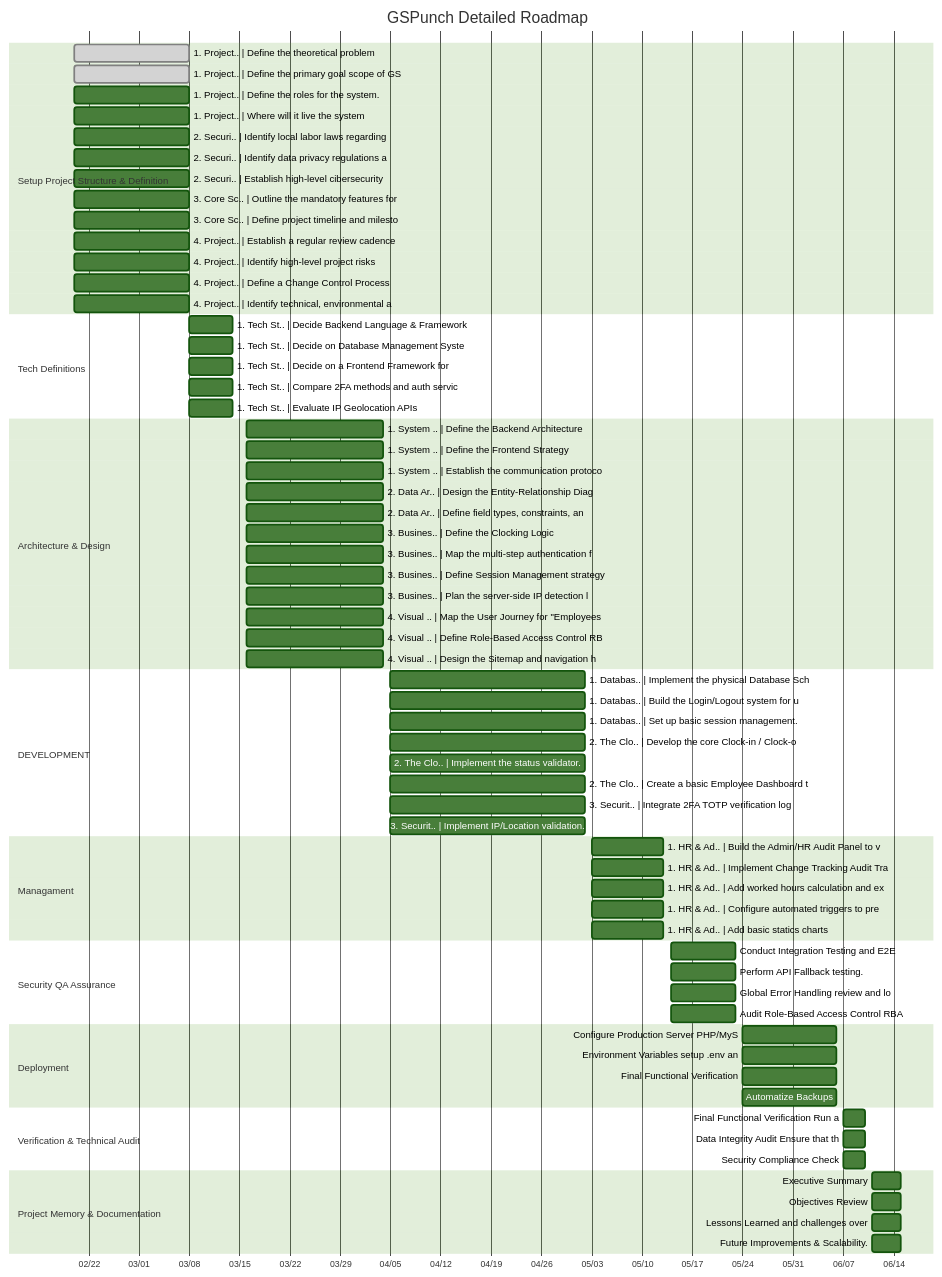
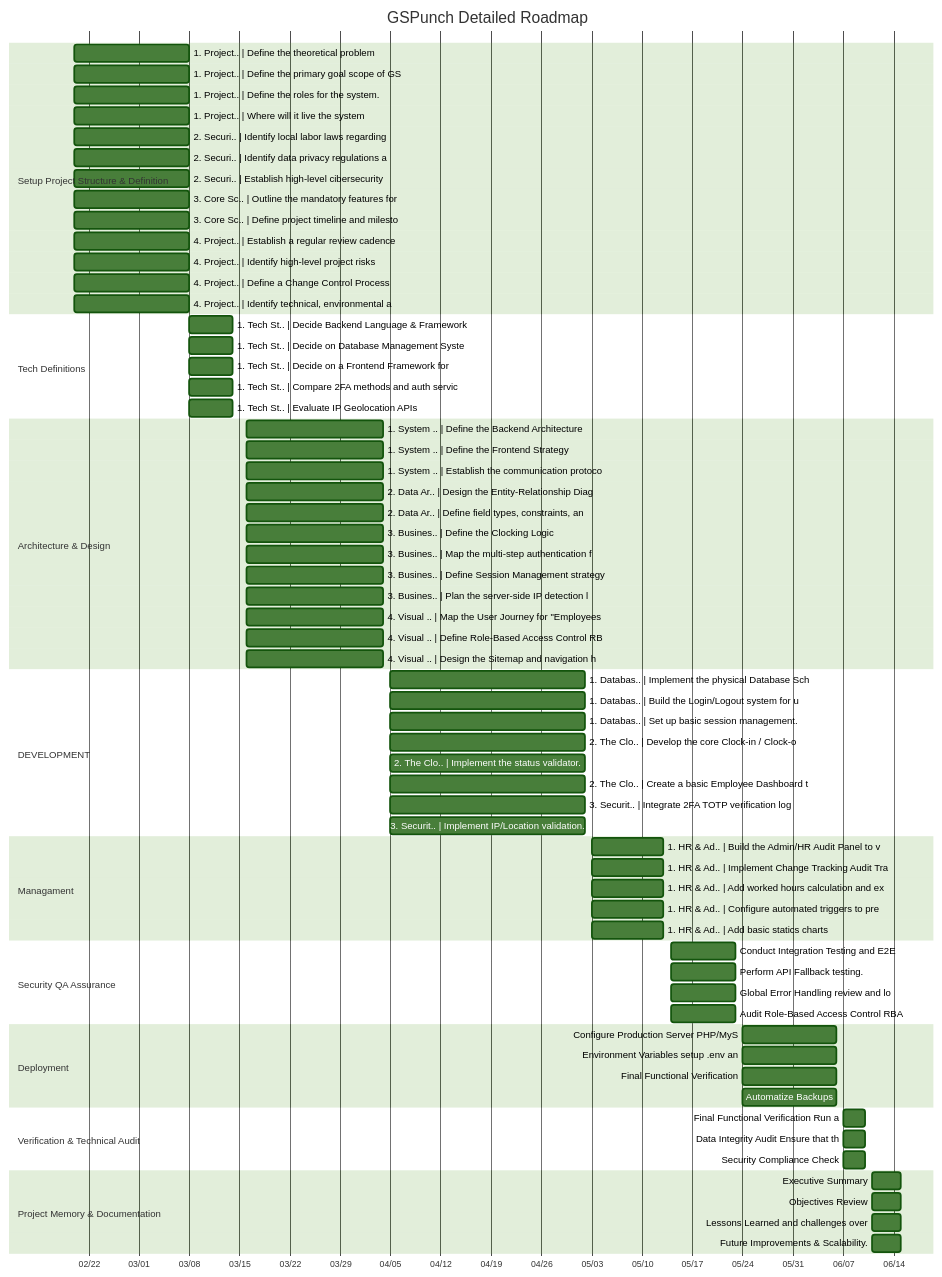
The diagram in README.md (jejomoca/GSPunch), drawn with Mermaid (forest theme) before and after one commit.

Commit message:
docs: sync roadmap 23:22

````diff
--- a/README.md
+++ b/README.md
@@ -3,73 +3,73 @@
 ```mermaid
 gantt
     title GSPunch Detailed Roadmap
     dateFormat YYYY-MM-DD
     axisFormat %m/%d
     section Setup Project Structure & Definition
-    1. Project.. | Define the theoretical problem : done, 2026-02-20, 2026-03-08
-    1. Project.. | Define the primary goal scope of GS : done, 2026-02-20, 2026-03-08
+    1. Project.. | Define the theoretical problem : 2026-02-20, 2026-03-08
+    1. Project.. | Define the primary goal scope of GS : 2026-02-20, 2026-03-08
     1. Project.. | Define the roles for the system. : 2026-02-20, 2026-03-08
     1. Project.. | Where will it live the system : 2026-02-20, 2026-03-08
     2.  Securi.. | Identify local labor laws regarding : 2026-02-20, 2026-03-08
     2.  Securi.. | Identify data privacy regulations a : 2026-02-20, 2026-03-08
     2.  Securi.. | Establish high-level cibersecurity : 2026-02-20, 2026-03-08
     3. Core Sc.. | Outline the mandatory features for : 2026-02-20, 2026-03-08
     3. Core Sc.. | Define project timeline and milesto : 2026-02-20, 2026-03-08
     4. Project.. | Establish a regular review cadence : 2026-02-20, 2026-03-08
     4. Project.. | Identify high-level project risks : 2026-02-20, 2026-03-08
     4. Project.. | Define a Change Control Process : 2026-02-20, 2026-03-08
     4. Project.. | Identify technical, environmental a : 2026-02-20, 2026-03-08
     section Tech Definitions
     1. Tech St.. | Decide Backend Language & Framework : 2026-03-08, 2026-03-14
     1. Tech St.. | Decide on Database Management Syste : 2026-03-08, 2026-03-14
     1. Tech St.. | Decide on a Frontend Framework for : 2026-03-08, 2026-03-14
     1. Tech St.. | Compare 2FA methods and auth servic : 2026-03-08, 2026-03-14
     1. Tech St.. | Evaluate IP Geolocation APIs : 2026-03-08, 2026-03-14
     section Architecture & Design
     1. System .. | Define the Backend Architecture : 2026-03-16, 2026-04-04
     1. System .. | Define the Frontend Strategy : 2026-03-16, 2026-04-04
     1. System .. | Establish the communication protoco : 2026-03-16, 2026-04-04
     2. Data Ar.. | Design the Entity-Relationship Diag : 2026-03-16, 2026-04-04
     2. Data Ar.. | Define field types, constraints, an : 2026-03-16, 2026-04-04
     3. Busines.. | Define the Clocking Logic : 2026-03-16, 2026-04-04
     3. Busines.. | Map the multi-step authentication f : 2026-03-16, 2026-04-04
     3. Busines.. | Define Session Management strategy : 2026-03-16, 2026-04-04
     3. Busines.. | Plan the server-side IP detection l : 2026-03-16, 2026-04-04
     4. Visual .. | Map the User Journey for "Employees : 2026-03-16, 2026-04-04
     4. Visual .. | Define Role-Based Access Control RB : 2026-03-16, 2026-04-04
     4. Visual .. | Design the Sitemap and navigation h : 2026-03-16, 2026-04-04
     section DEVELOPMENT
     1. Databas.. | Implement the physical Database Sch : 2026-04-05, 2026-05-02
     1. Databas.. | Build the Login/Logout system for u : 2026-04-05, 2026-05-02
     1. Databas.. | Set up basic session management. : 2026-04-05, 2026-05-02
     2. The Clo.. | Develop the core Clock-in / Clock-o : 2026-04-05, 2026-05-02
     2. The Clo.. | Implement the status validator. : 2026-04-05, 2026-05-02
     2. The Clo.. | Create a basic Employee Dashboard t : 2026-04-05, 2026-05-02
     3. Securit.. | Integrate 2FA TOTP verification log : 2026-04-05, 2026-05-02
     3. Securit.. | Implement IP/Location validation. : 2026-04-05, 2026-05-02
     section Managament
     1. HR & Ad.. | Build the Admin/HR Audit Panel to v : 2026-05-03, 2026-05-13
     1. HR & Ad.. | Implement Change Tracking Audit Tra : 2026-05-03, 2026-05-13
     1. HR & Ad.. | Add worked hours calculation and ex : 2026-05-03, 2026-05-13
     1. HR & Ad.. | Configure automated triggers to pre : 2026-05-03, 2026-05-13
     1. HR & Ad.. | Add basic statics charts : 2026-05-03, 2026-05-13
     section Security QA Assurance
     Conduct Integration Testing and E2E : 2026-05-14, 2026-05-23
     Perform API Fallback testing. : 2026-05-14, 2026-05-23
     Global Error Handling review and lo : 2026-05-14, 2026-05-23
     Audit Role-Based Access Control RBA : 2026-05-14, 2026-05-23
     section Deployment
     Configure Production Server PHP/MyS : 2026-05-24, 2026-06-06
     Environment Variables setup .env an : 2026-05-24, 2026-06-06
     Final Functional Verification : 2026-05-24, 2026-06-06
     Automatize Backups : 2026-05-24, 2026-06-06
     section Verification & Technical Audit
     Final Functional Verification Run a : 2026-06-07, 2026-06-10
     Data Integrity Audit Ensure that th : 2026-06-07, 2026-06-10
     Security Compliance Check : 2026-06-07, 2026-06-10
     section Project Memory & Documentation
     Executive Summary : 2026-06-11, 2026-06-15
     Objectives Review : 2026-06-11, 2026-06-15
     Lessons Learned and challenges over : 2026-06-11, 2026-06-15
     Future Improvements & Scalability. : 2026-06-11, 2026-06-15
 ```
````
